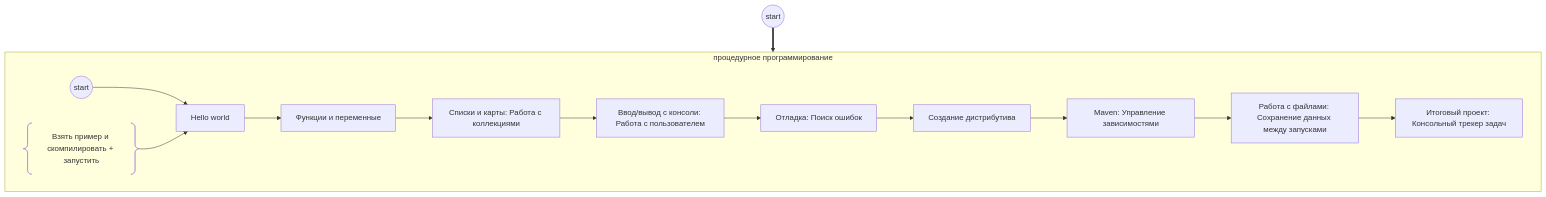
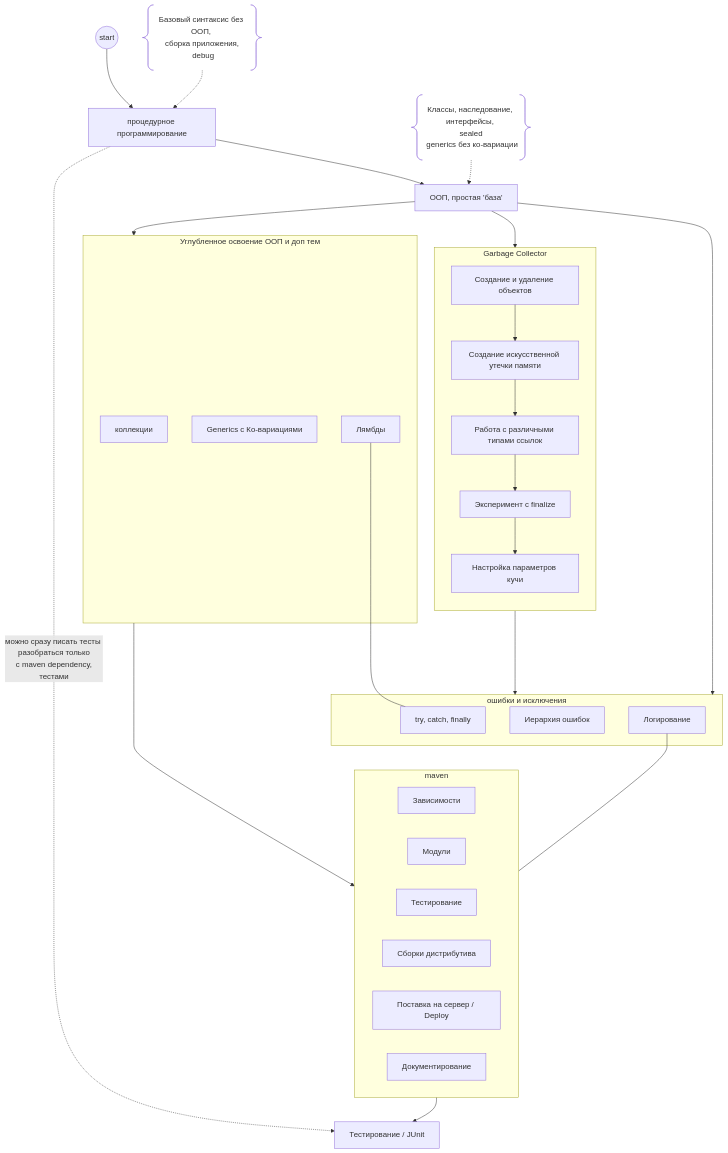
The diagram in itdocs/learn-java/readme.md (gochaorg/blog), drawn with Mermaid before and after one commit.

````diff
--- a/itdocs/learn-java/readme.md
+++ b/itdocs/learn-java/readme.md
@@ -7,25 +7,56 @@
 ```mermaid
-flowchart TD
+flowchart TB
 
-start((start)) ==> pp
+start((start)) --> pp
+
+test1[Тестирование / JUnit]
 
 pp[процедурное программирование]
+pp --> oop1["ООП, простая 'база'"]
+oop1 --> oop2
+oop2 --> maven
+oop1 --> gc --> errs
+maven --> test1
+
+ppc1@{ shape: braces, label: "Базовый синтаксис без ООП, <br> сборка приложения, <br> debug" } -.-> pp
+oop1c1@{ shape: braces, label: "Классы, наследование, интерфейсы, <br> sealed <br> generics без ко-вариации" } -.-> oop1
+pp -.-> | можно сразу писать тесты <br> разобраться только <br> с maven dependency, тестами| test1
+
+oop1 --> errs
+
+subgraph oop2["Углубленное освоение ООП и доп тем"]
+  coll1[коллекции]
+  gen1[Generics с Ко-вариациями]
+  lambda1[Лямбды]
+end
+
+subgraph errs[ошибки и исключения]
+  tcf[try, catch, finally]
+  err_h[Иерархия ошибок]
+  log[Логирование]
+end
+
+lambda1 --- tcf
+log --- maven
+
+subgraph maven
+ m_dep[Зависимости]
+ m_m[Модули]
+ m_t[Тестирование]
+ m_dist[Сборки дистрибутива]
+ m_deploy[Поставка на сервер / Deploy]
+ m_docs[Документирование]
+end
+
+subgraph gc[Garbage Collector]
+  direction TB
+  gc1[Создание и удаление объектов]
+  gc2[Создание искусственной утечки памяти]
+  gc3[Работа с различными типами ссылок]
+  gc4[Эксперимент с finalize]
+  gc5[Настройка параметров кучи]
+  gc1 --> gc2 --> gc3 --> gc4 --> gc5
+end
 
 
-subgraph pp[процедурное программирование]
-  pp_start((start)) -->  
-  pp_01[Hello world]
-  pp_01 --> pp_02[Функции и переменные]
-  pp_02 --> pp_03[Списки и карты: Работа с коллекциями]
-  pp_03 --> pp_04[Ввод/вывод с консоли: Работа с пользователем]
-  pp_04 --> pp_05[Отладка: Поиск ошибок]
-  pp_05 --> pp_06[Создание дистрибутива]
-  pp_06 --> pp_07[Maven: Управление зависимостями]
-  pp_07 --> pp_08[Работа с файлами: Сохранение данных между запусками]
-  pp_08 --> pp_09[Итоговый проект: Консольный трекер задач]
-
-  pp_01_c1@{ shape: braces, label: "Взять пример и скомпилировать + запустить" } --> pp_01
-  click pp_start "https://github.com/gochaorg/blog/blob/master/itdocs/learn-java/01-proc.md"
-end
-
 ```
````
